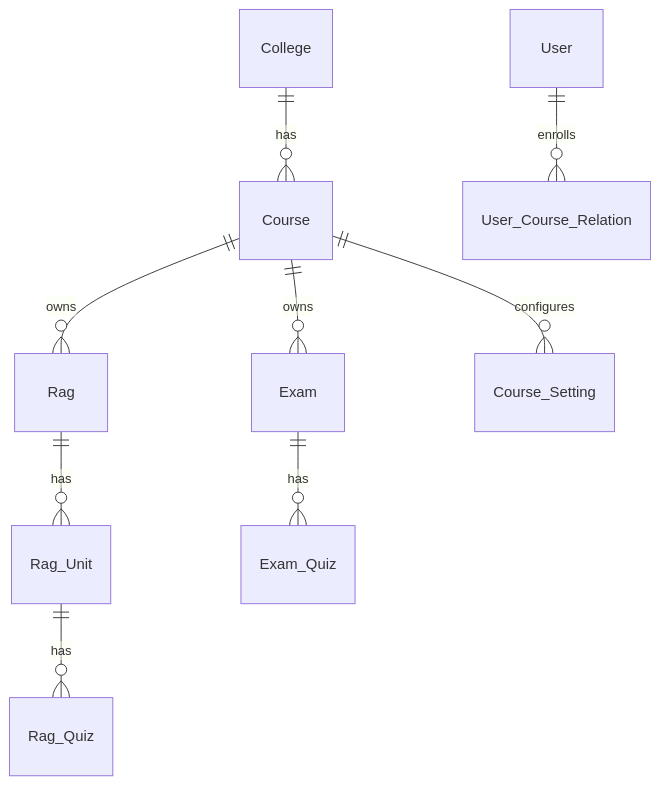
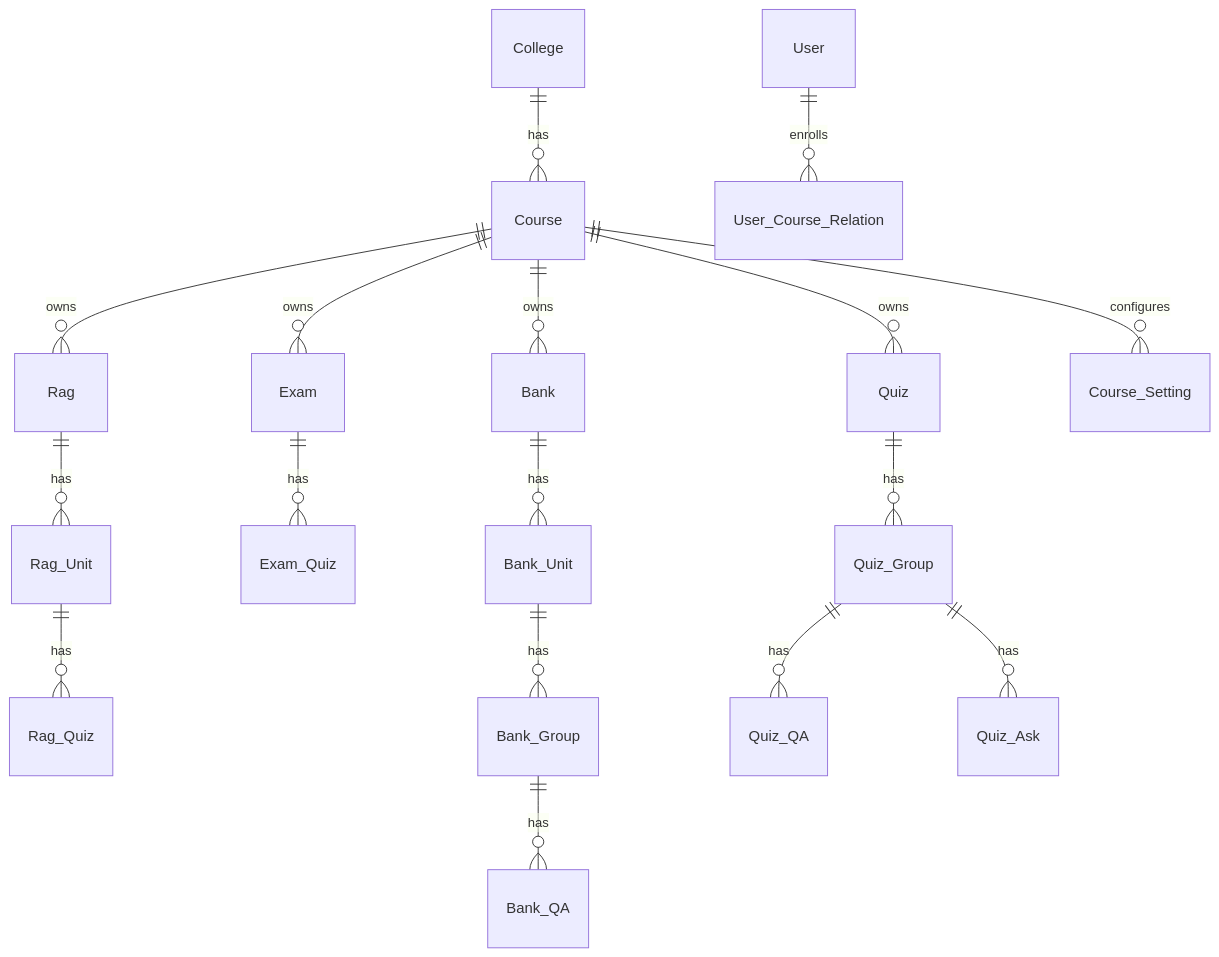
Before and after one commit to kevin7261/MyQuiz-ai-backend: the third of 6 diagrams in README.md, drawn with Mermaid. The commit also changed other lines of this file, not shown here.

````diff
--- a/README.md
+++ b/README.md
@@ -388,11 +320,19 @@
 ```mermaid
 erDiagram
     College ||--o{ Course : has
     User ||--o{ User_Course_Relation : enrolls
     Course ||--o{ Rag : owns
     Rag ||--o{ Rag_Unit : has
     Rag_Unit ||--o{ Rag_Quiz : has
     Course ||--o{ Exam : owns
     Exam ||--o{ Exam_Quiz : has
+    Course ||--o{ Bank : owns
+    Bank ||--o{ Bank_Unit : has
+    Bank_Unit ||--o{ Bank_Group : has
+    Bank_Group ||--o{ Bank_QA : has
+    Course ||--o{ Quiz : owns
+    Quiz ||--o{ Quiz_Group : has
+    Quiz_Group ||--o{ Quiz_QA : has
+    Quiz_Group ||--o{ Quiz_Ask : has
     Course ||--o{ Course_Setting : configures
 ```
````
